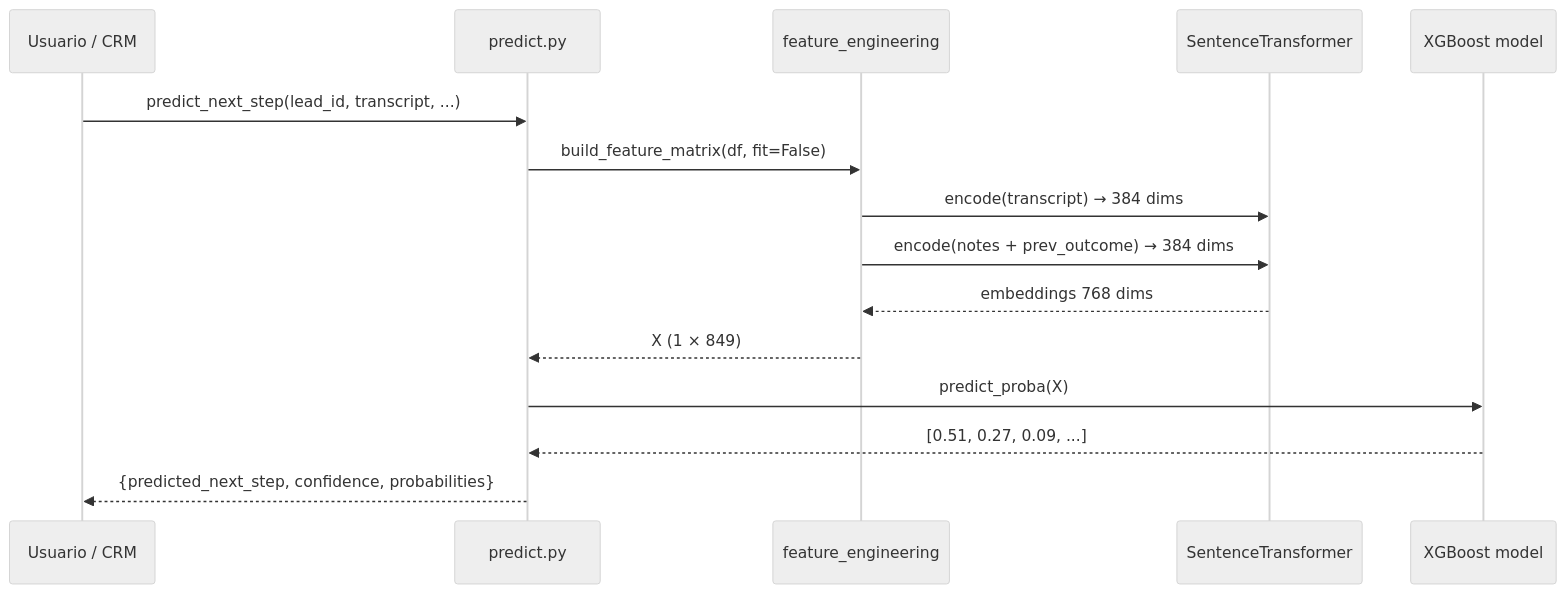
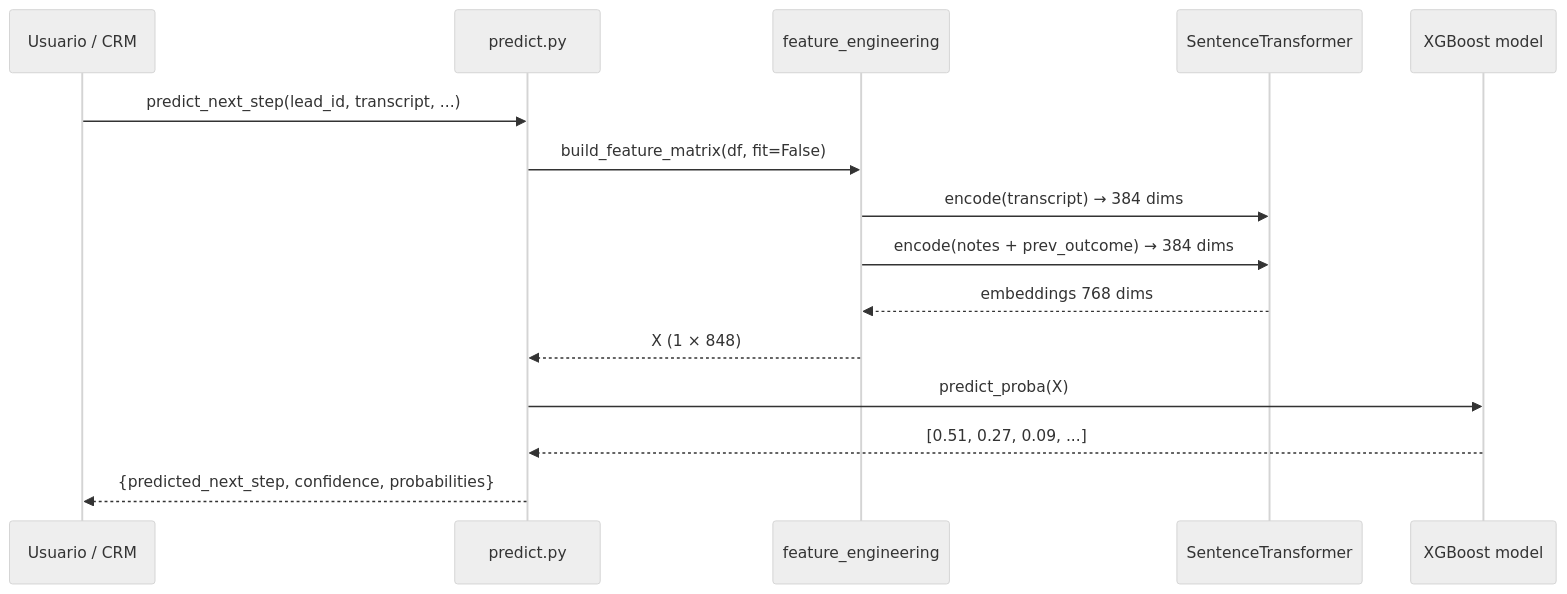
The second of 4 diagrams in docs/architecture.md (juanleal14/TFM-Asistente-leads-automatizar-CRM), drawn with Mermaid (neutral theme) before and after one commit. The commit also changed other lines of this file and 16 other files, not shown here.

````diff
--- a/docs/architecture.md
+++ b/docs/architecture.md
@@ -108,18 +108,18 @@
 ```mermaid
 sequenceDiagram
     participant U as Usuario / CRM
     participant P as predict.py
     participant FE as feature_engineering
     participant ST as SentenceTransformer
     participant XGB as XGBoost model
 
     U->>P: predict_next_step(lead_id, transcript, ...)
     P->>FE: build_feature_matrix(df, fit=False)
     FE->>ST: encode(transcript) → 384 dims
     FE->>ST: encode(notes + prev_outcome) → 384 dims
     ST-->>FE: embeddings 768 dims
-    FE-->>P: X (1 × 849)
+    FE-->>P: X (1 × 848)
     P->>XGB: predict_proba(X)
     XGB-->>P: [0.51, 0.27, 0.09, ...]
     P-->>U: {predicted_next_step, confidence, probabilities}
 ```
````
